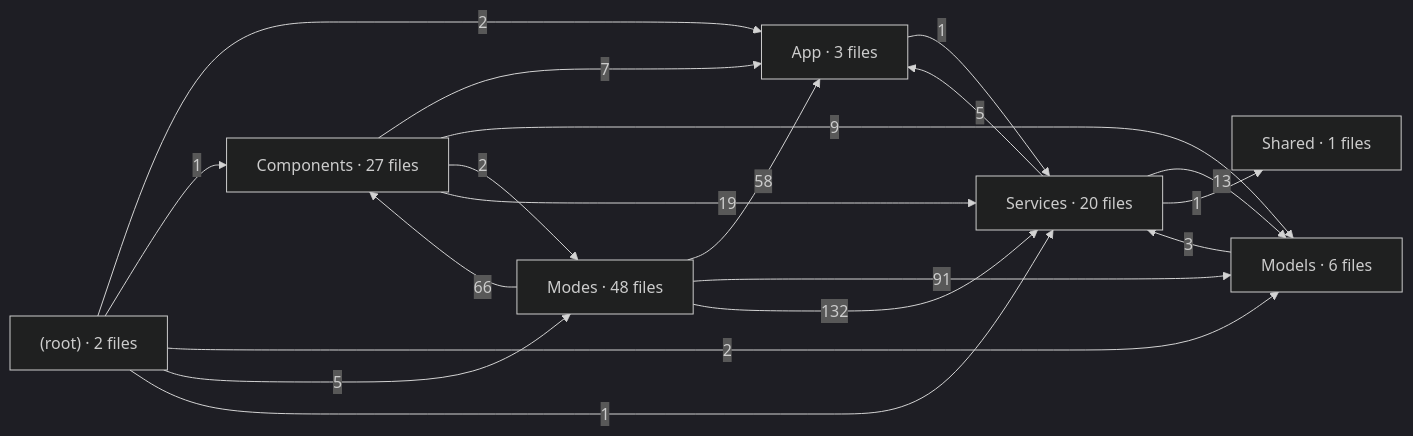
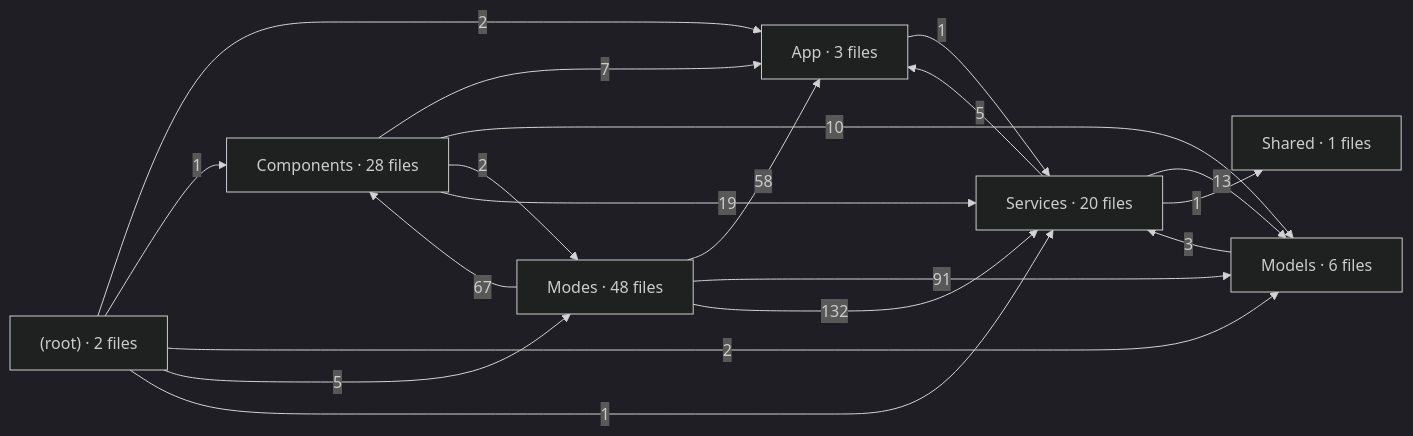
One commit to krocx/spatial-tapgging-app changed the diagram in docs/architecture/deps-app.mmd. Above: the diagram before and after it, drawn with Mermaid (dark theme). The commit also changed 12 other files, not shown here.

```diff
--- a/docs/architecture/deps-app.mmd
+++ b/docs/architecture/deps-app.mmd
@@ -1,28 +1,28 @@
 %% generated by scripts/arch-graph.mjs - do not edit
 flowchart LR
   %% ios-app - type references between folders (edge label = number of references)
   F__["(root) · 2 files"]
   F_App["App · 3 files"]
-  F_Components["Components · 27 files"]
+  F_Components["Components · 28 files"]
   F_Models["Models · 6 files"]
   F_Modes["Modes · 48 files"]
   F_Services["Services · 20 files"]
   F_Shared["Shared · 1 files"]
   F__ -->|2| F_App
   F__ -->|1| F_Components
   F__ -->|2| F_Models
   F__ -->|5| F_Modes
   F__ -->|1| F_Services
   F_App -->|1| F_Services
   F_Components -->|7| F_App
-  F_Components -->|9| F_Models
+  F_Components -->|10| F_Models
   F_Components -->|2| F_Modes
   F_Components -->|19| F_Services
   F_Models -->|3| F_Services
   F_Modes -->|58| F_App
-  F_Modes -->|66| F_Components
+  F_Modes -->|67| F_Components
   F_Modes -->|91| F_Models
   F_Modes -->|132| F_Services
   F_Services -->|5| F_App
   F_Services -->|13| F_Models
   F_Services -->|1| F_Shared
```
